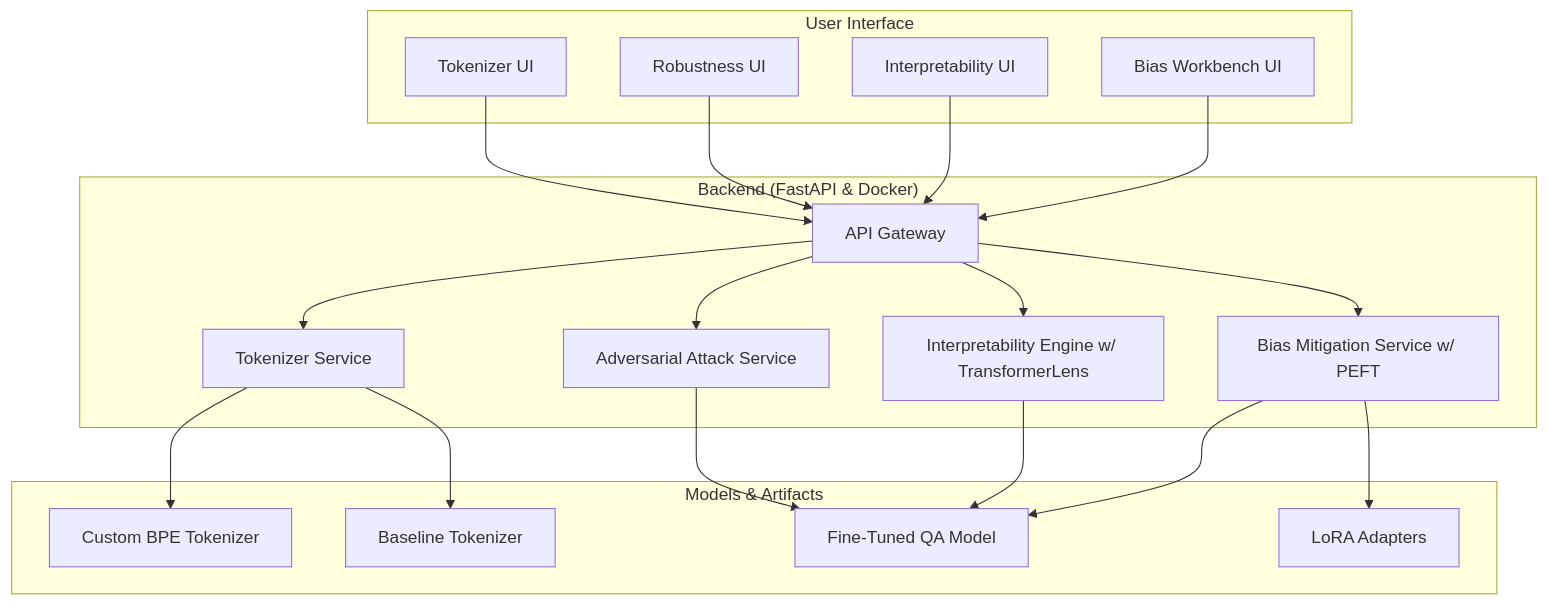
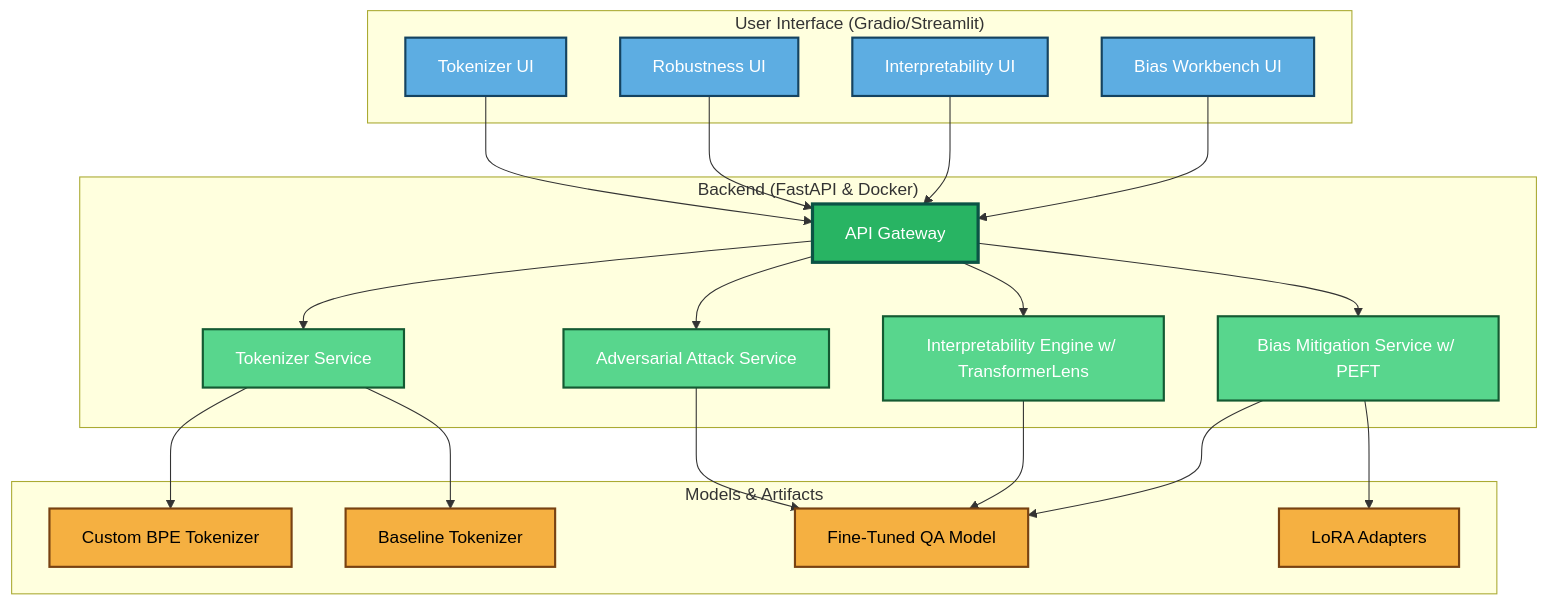
One commit to shilpamusale/ish-vaani changed the diagram in README.md. Above: the diagram before and after it, drawn with Mermaid.

Commit message:
Clarify UI framework and add styling in README

````diff
--- a/README.md
+++ b/README.md
@@ -52,34 +52,52 @@
 ```mermaid
 graph TD  
-    subgraph "User Interface"  
+    subgraph "User Interface (Gradio/Streamlit)"  
         A[Tokenizer UI]  
         B[Robustness UI]  
         C[Interpretability UI]  
         D[Bias Workbench UI]  
     end
 
     subgraph "Backend (FastAPI & Docker)"  
         E[API Gateway]  
         F[Tokenizer Service]  
         G[Adversarial Attack Service]  
         H[Interpretability Engine w/ TransformerLens]  
         I[Bias Mitigation Service w/ PEFT]  
     end
 
     subgraph "Models & Artifacts"  
         J[Custom BPE Tokenizer]  
         K[Baseline Tokenizer]  
         L[Fine-Tuned QA Model]  
         M[LoRA Adapters]  
     end
 
     A --> E --> F --> J  
     F --> K  
 
     B --> E --> G --> L  
 
     C --> E --> H --> L  
 
     D --> E --> I --> M  
-    I --> L
+    I --> L  
+
+    %% --- Styling ---
+    style A fill:#5DADE2,stroke:#154360,stroke-width:2px,color:#fff  
+    style B fill:#5DADE2,stroke:#154360,stroke-width:2px,color:#fff  
+    style C fill:#5DADE2,stroke:#154360,stroke-width:2px,color:#fff  
+    style D fill:#5DADE2,stroke:#154360,stroke-width:2px,color:#fff  
+
+    style E fill:#28B463,stroke:#0B5345,stroke-width:3px,color:#fff  
+    style F fill:#58D68D,stroke:#145A32,stroke-width:2px,color:#fff  
+    style G fill:#58D68D,stroke:#145A32,stroke-width:2px,color:#fff  
+    style H fill:#58D68D,stroke:#145A32,stroke-width:2px,color:#fff  
+    style I fill:#58D68D,stroke:#145A32,stroke-width:2px,color:#fff  
+
+    style J fill:#F5B041,stroke:#784212,stroke-width:2px,color:#000  
+    style K fill:#F5B041,stroke:#784212,stroke-width:2px,color:#000  
+    style L fill:#F5B041,stroke:#784212,stroke-width:2px,color:#000  
+    style M fill:#F5B041,stroke:#784212,stroke-width:2px,color:#000  
+
 ```
````
